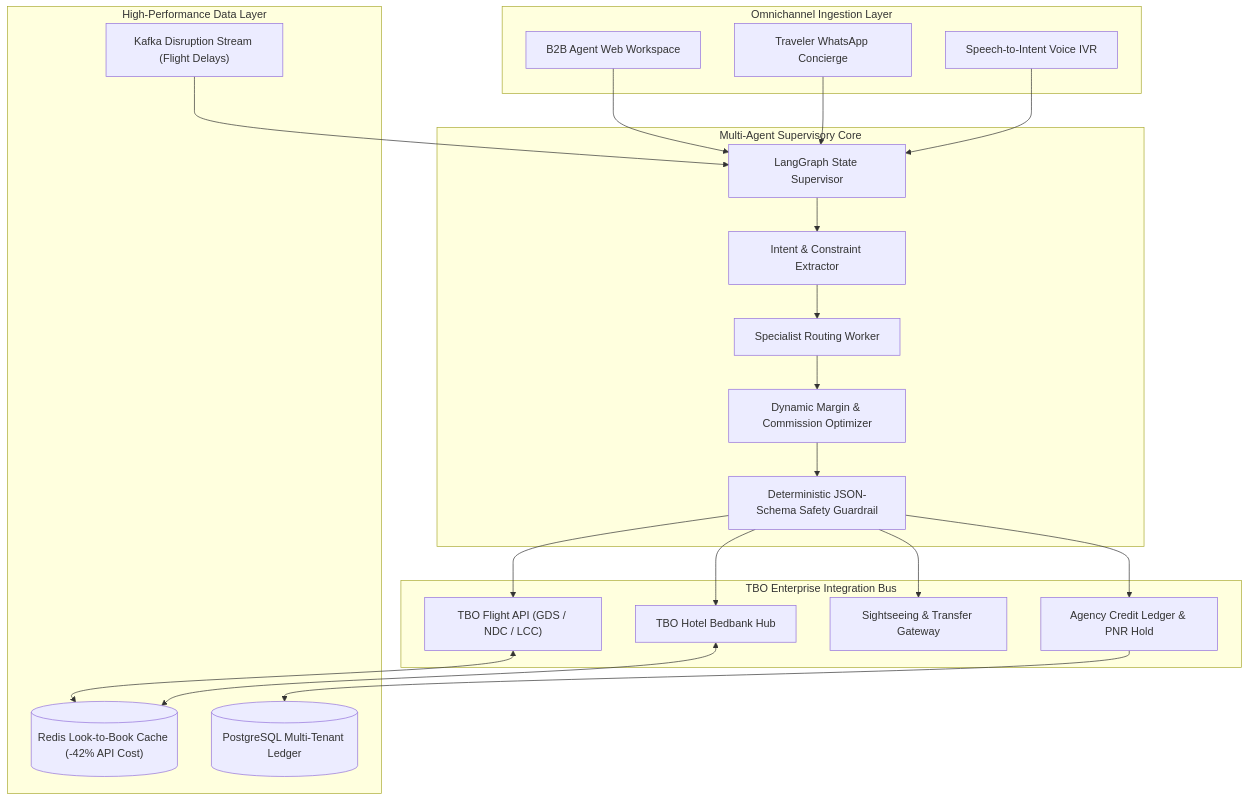
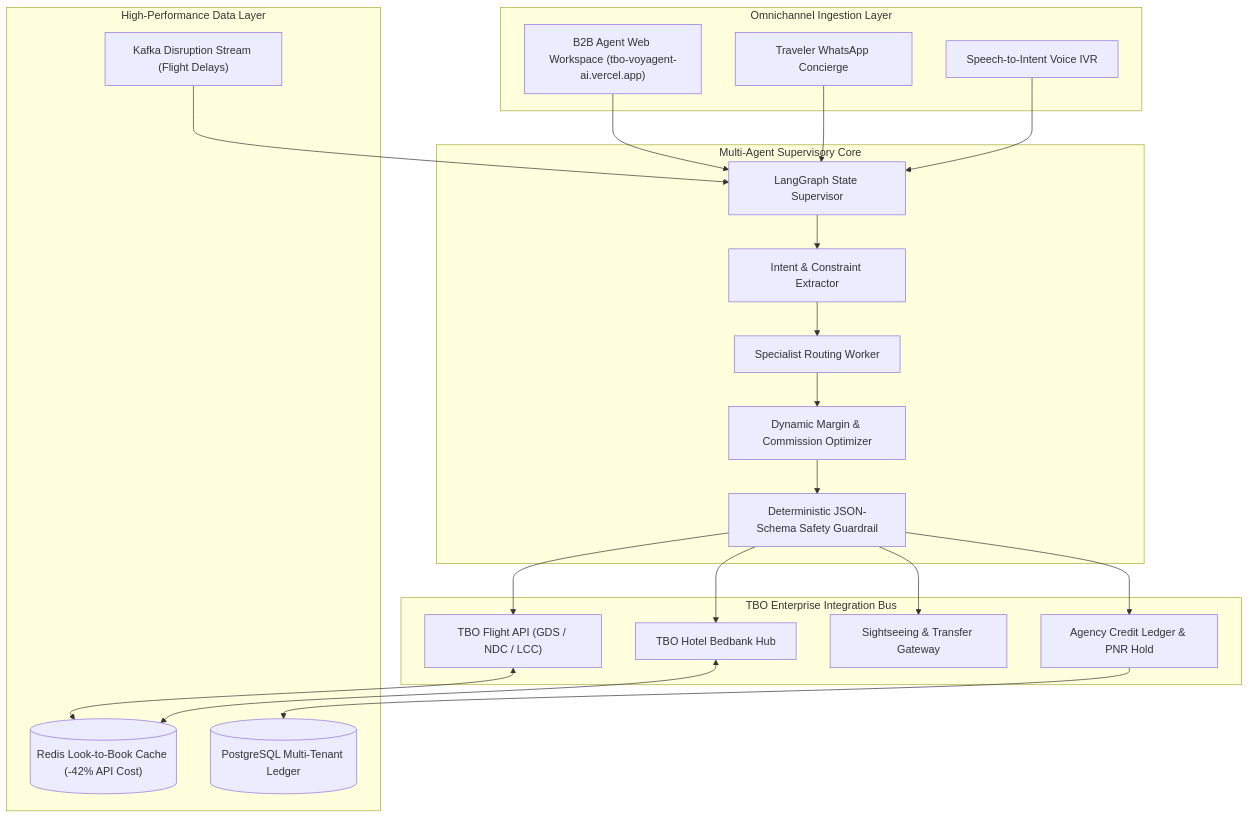
One commit to arshsri0513/TBO-VoyAgent-AI changed the diagram in README.md. Above: the diagram before and after it, drawn with Mermaid. The commit also changed other lines of this file, not shown here.

Commit message:
docs: Update README with live Vercel web app links, system architecture, and competition submission package

````diff
--- a/README.md
+++ b/README.md
@@ -28,48 +40,48 @@
 ```mermaid
 flowchart TD
     subgraph Channels["Omnichannel Ingestion Layer"]
-        UI["B2B Agent Web Workspace"]
+        UI["B2B Agent Web Workspace (tbo-voyagent-ai.vercel.app)"]
         WA["Traveler WhatsApp Concierge"]
         VOICE["Speech-to-Intent Voice IVR"]
     end
 
     subgraph Core["Multi-Agent Supervisory Core"]
         SUPERVISOR["LangGraph State Supervisor"]
         INTENT["Intent & Constraint Extractor"]
         ROUTER["Specialist Routing Worker"]
         MARGIN["Dynamic Margin & Commission Optimizer"]
         GUARD["Deterministic JSON-Schema Safety Guardrail"]
     end
 
     subgraph TBO["TBO Enterprise Integration Bus"]
         FLIGHT_API["TBO Flight API (GDS / NDC / LCC)"]
         HOTEL_API["TBO Hotel Bedbank Hub"]
         ACTIVITY_API["Sightseeing & Transfer Gateway"]
         WALLET_API["Agency Credit Ledger & PNR Hold"]
     end
 
     subgraph Data["High-Performance Data Layer"]
         REDIS[("Redis Look-to-Book Cache (-42% API Cost)")]
         PG[("PostgreSQL Multi-Tenant Ledger")]
         KAFKA["Kafka Disruption Stream (Flight Delays)"]
     end
 
     UI --> SUPERVISOR
     WA --> SUPERVISOR
     VOICE --> SUPERVISOR
 
     SUPERVISOR --> INTENT
     INTENT --> ROUTER
     ROUTER --> MARGIN
     MARGIN --> GUARD
 
     GUARD --> FLIGHT_API
     GUARD --> HOTEL_API
     GUARD --> ACTIVITY_API
     GUARD --> WALLET_API
 
     FLIGHT_API <--> REDIS
     HOTEL_API <--> REDIS
     WALLET_API --> PG
     KAFKA --> SUPERVISOR
 ```
````
